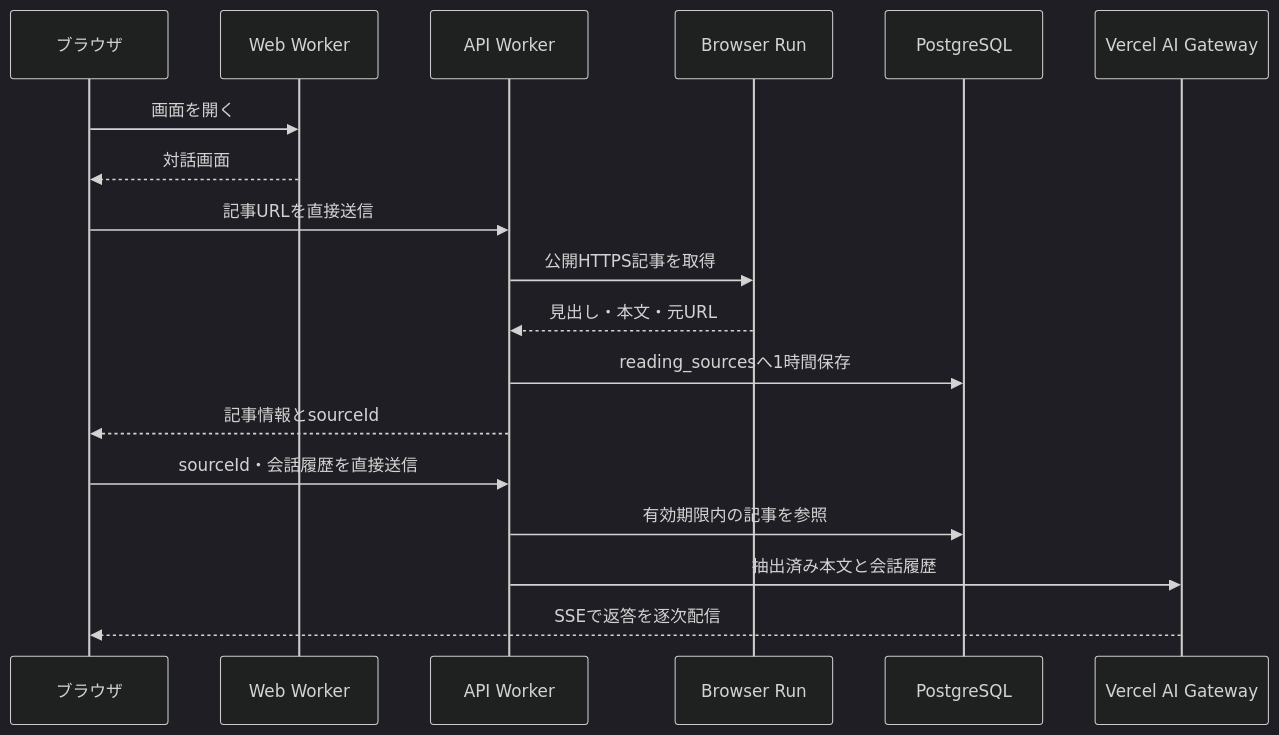
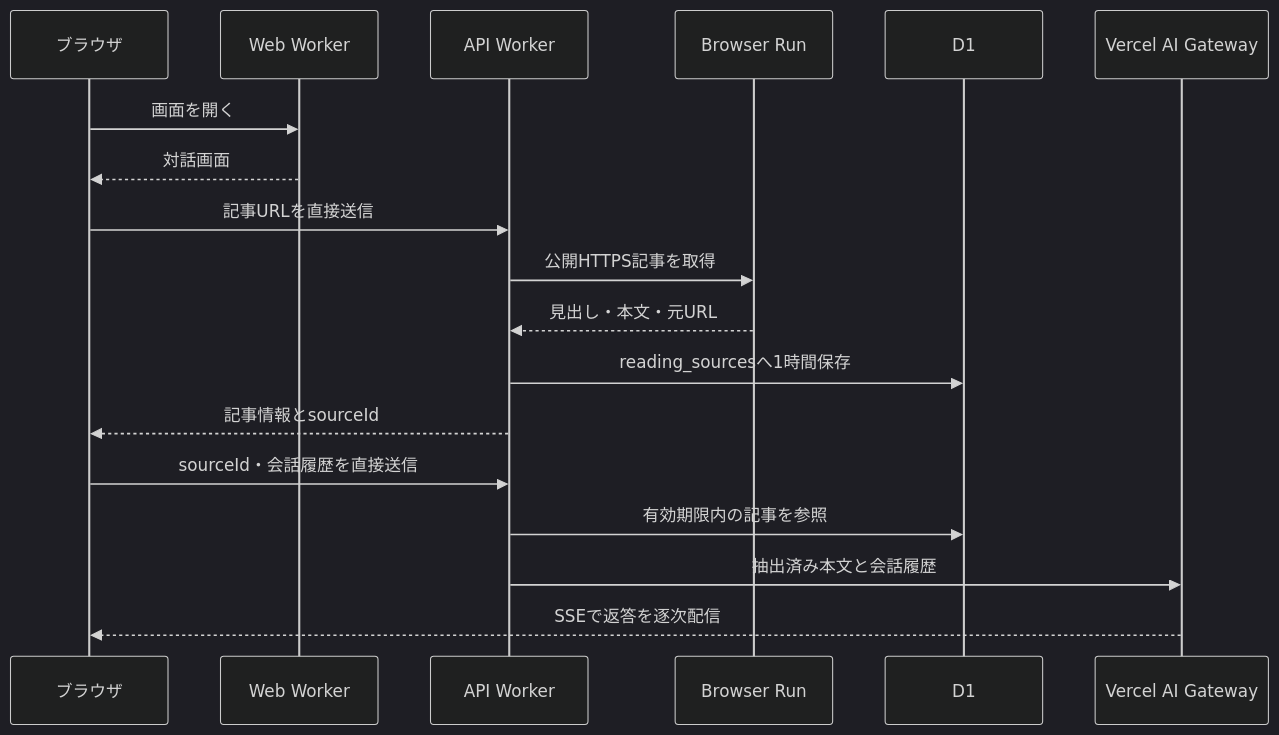
The diagram in docs/reading-chat.md (tukiminya/recourt), drawn with Mermaid (dark theme) before and after one commit. The commit also changed other lines of this file and 52 other files, not shown here.

````diff
--- a/docs/reading-chat.md
+++ b/docs/reading-chat.md
@@ -5,20 +5,20 @@
 ```mermaid
 sequenceDiagram
     participant U as ブラウザ
     participant W as Web Worker
     participant A as API Worker
     participant B as Browser Run
-    participant D as PostgreSQL
+    participant D as D1
     participant G as Vercel AI Gateway
     U->>W: 画面を開く
     W-->>U: 対話画面
     U->>A: 記事URLを直接送信
     A->>B: 公開HTTPS記事を取得
     B-->>A: 見出し・本文・元URL
     A->>D: reading_sourcesへ1時間保存
     A-->>U: 記事情報とsourceId
     U->>A: sourceId・会話履歴を直接送信
     A->>D: 有効期限内の記事を参照
     A->>G: 抽出済み本文と会話履歴
     G-->>U: SSEで返答を逐次配信
 ```
````
